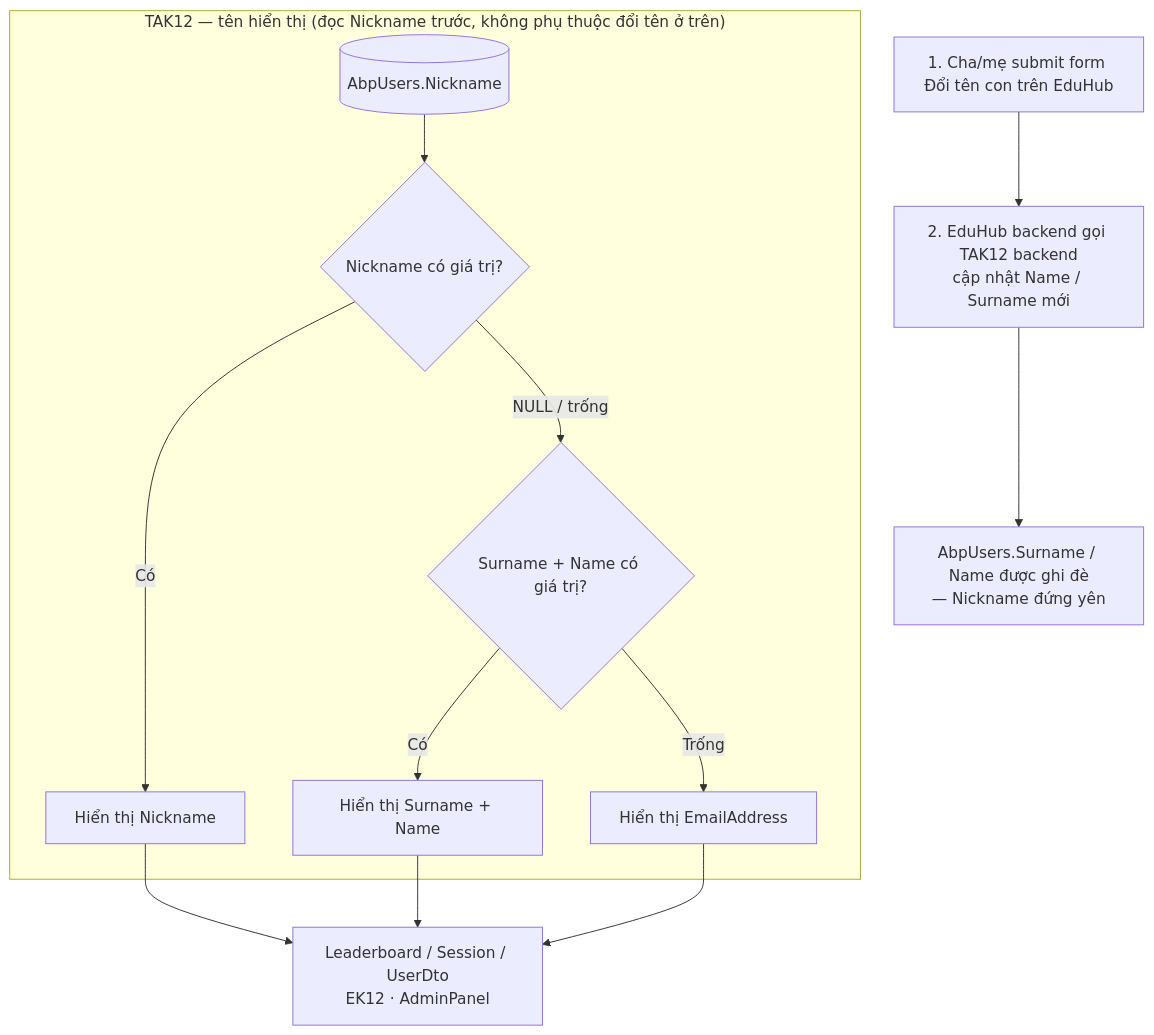
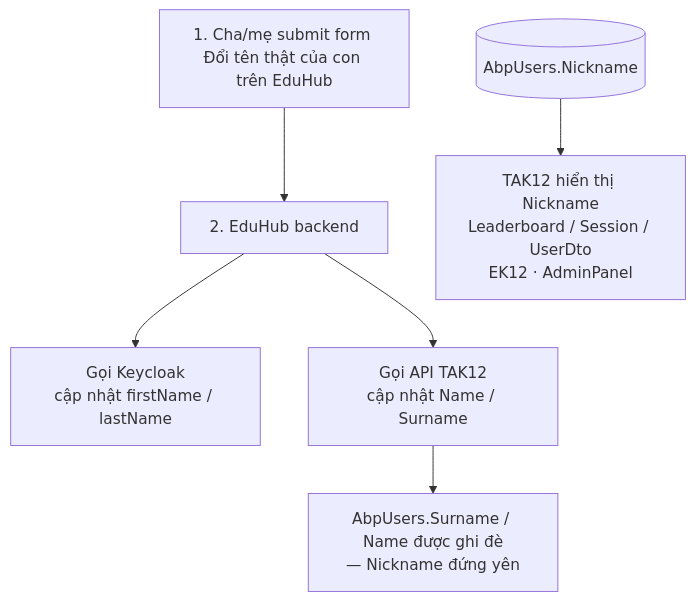
Before and after one commit to riddle-bash/tak12-eduhub-consent-flow: the first of 2 diagrams in user-nickname-migration.md, drawn with Mermaid. The commit also changed other lines of this file, not shown here.

````diff
--- a/user-nickname-migration.md
+++ b/user-nickname-migration.md
@@ -22,15 +11,9 @@
 ```mermaid
 flowchart TD
-    P[1. Cha/mẹ submit form Đổi tên con trên EduHub] --> BE[2. EduHub backend gọi TAK12 backend<br/>cập nhật Name / Surname mới]
-    BE --> SN[AbpUsers.Surname / Name được ghi đè<br/>— Nickname đứng yên]
+    P[1. Cha/mẹ submit form Đổi tên thật của con trên EduHub] --> BE[2. EduHub backend]
+    BE --> KC[Gọi Keycloak<br/>cập nhật firstName / lastName]
+    BE --> TK[Gọi API TAK12<br/>cập nhật Name / Surname]
+    TK --> SN[AbpUsers.Surname / Name được ghi đè<br/>— Nickname đứng yên]
 
-    subgraph Display["TAK12 — tên hiển thị (đọc Nickname trước, không phụ thuộc đổi tên ở trên)"]
-        NK[(AbpUsers.Nickname)] --> DN{Nickname có giá trị?}
-        DN -->|Có| SHOW[Hiển thị Nickname]
-        DN -->|NULL / trống| FB{Surname + Name có giá trị?}
-        FB -->|Có| FULL[Hiển thị Surname + Name]
-        FB -->|Trống| MAIL[Hiển thị EmailAddress]
-    end
-
-    SHOW & FULL & MAIL --> UI[Leaderboard / Session / UserDto<br/>EK12 · AdminPanel]
+    NK[(AbpUsers.Nickname)] --> UI[TAK12 hiển thị Nickname<br/>Leaderboard / Session / UserDto<br/>EK12 · AdminPanel]
 ```
````
